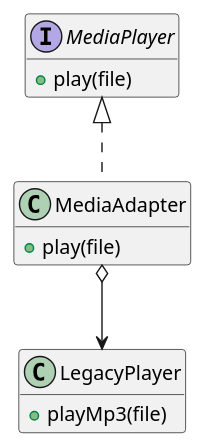
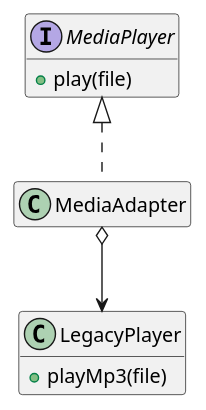
Before and after one commit to traiansf/traiansf.github.io: the fourth of 9 diagrams in class/amss2025/curs/11-patterns-reloaded.md, drawn with PlantUML. The commit also changed other lines of this file and 3 other files, not shown here.

````diff
--- a/class/amss2025/curs/11-patterns-reloaded.md
+++ b/class/amss2025/curs/11-patterns-reloaded.md
@@ -605,18 +622,16 @@
 ```plantuml
 @startuml
 hide empty members
 interface MediaPlayer {
     +play(file)
 }
 
 class LegacyPlayer {
     +playMp3(file)
 }
 
-class MediaAdapter implements MediaPlayer {
-    +play(file)
-}
+class MediaAdapter implements MediaPlayer
 
 MediaAdapter o--> LegacyPlayer
 @enduml
 ```
````
